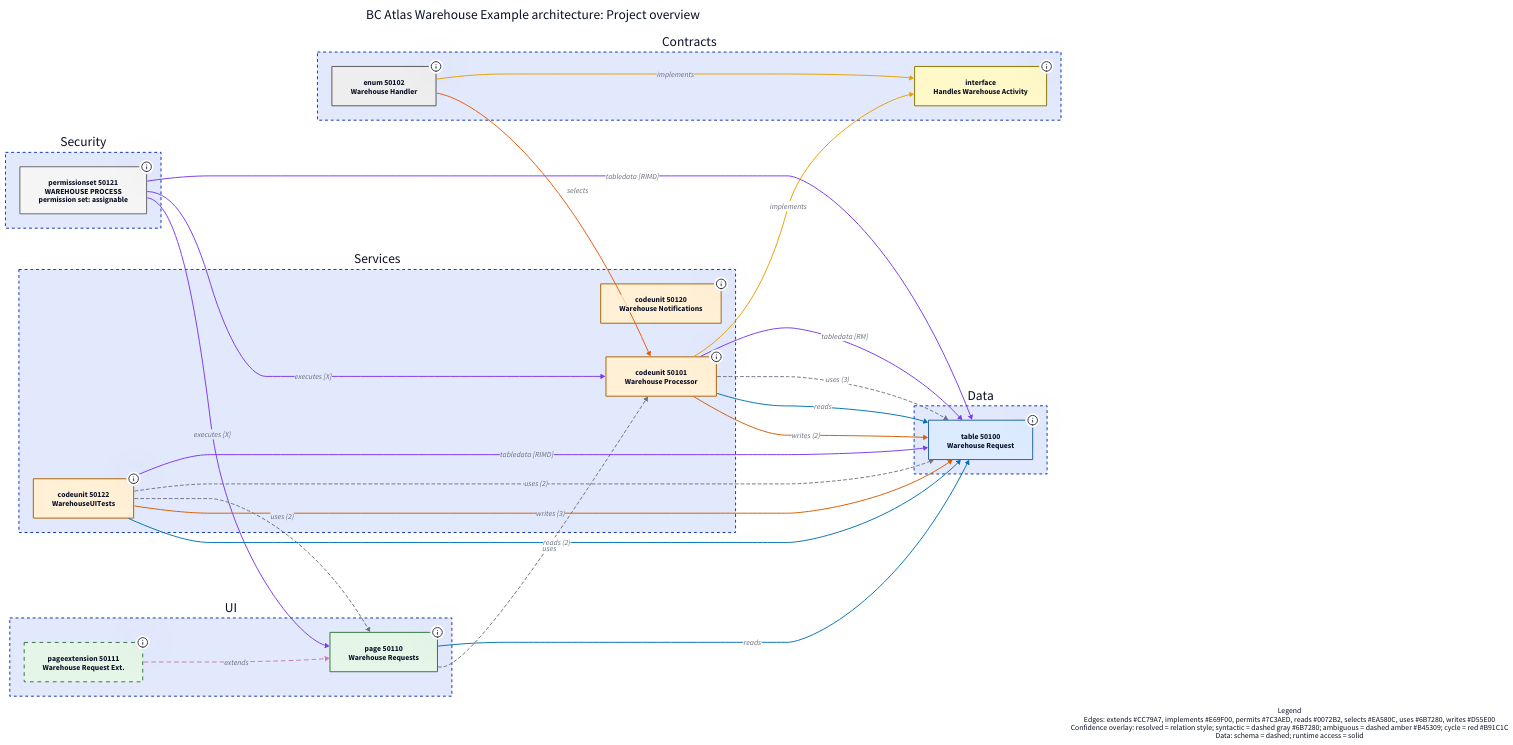
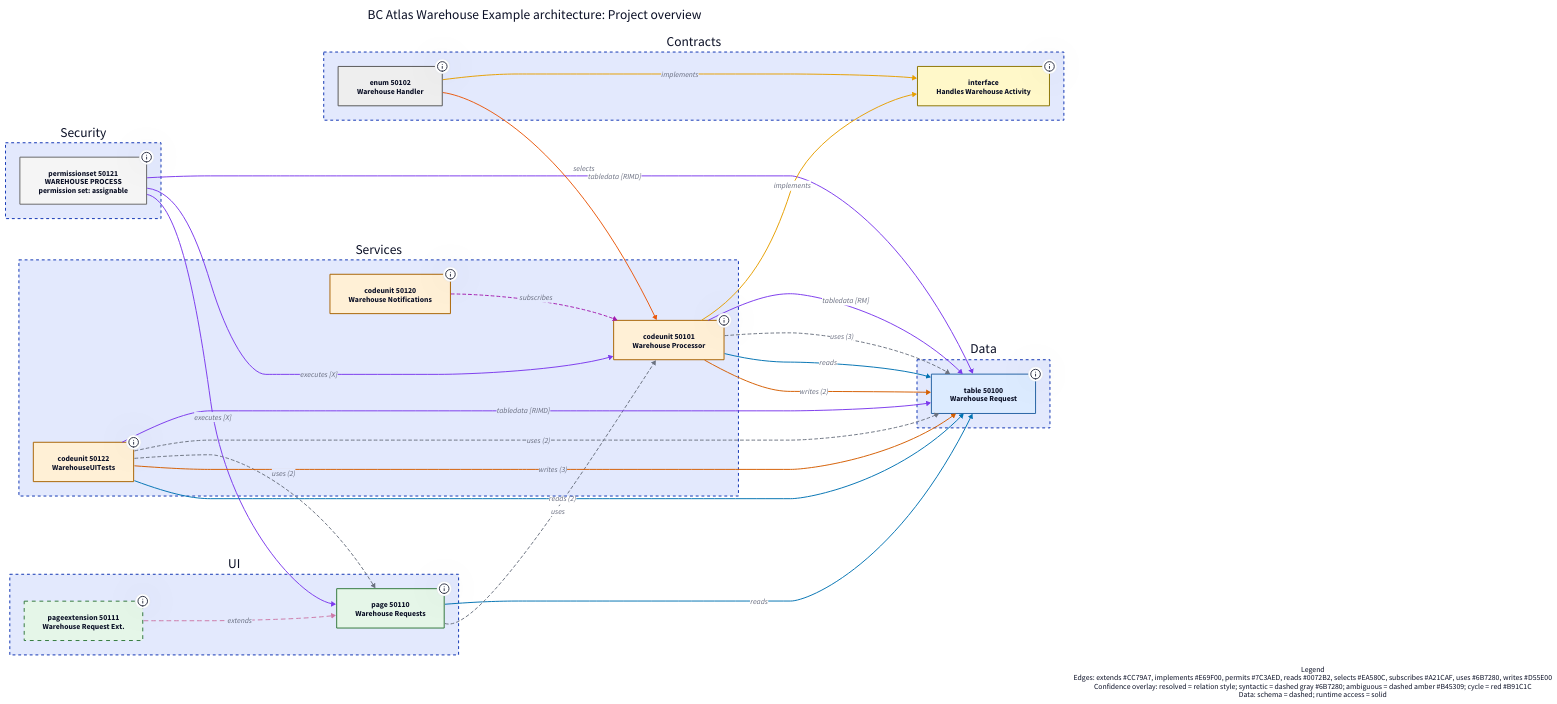
One commit to SchulzOli/BC-Atlas changed the diagram in examples/report/project.d2. Above: the diagram before and after it, drawn with D2. The commit also changed 12 other files, not shown here.

First line of the commit message:
docs: refresh generated architecture examples

```diff
--- a/examples/report/project.d2
+++ b/examples/report/project.d2
@@ -1,105 +1,106 @@
 direction: right
 title: "BC Atlas Warehouse Example architecture: Project overview" {
   shape: text
   near: top-center
   style.font-size: 28
 }
 
 g0: "Contracts" {
   style.stroke-dash: 3
   n2: "interface\nHandles Warehouse Activity" {
     shape: rectangle
     tooltip: "Inventory.al:3"
     style.fill: "#FFF8C9"
     style.stroke: "#8B7400"
   }
   n5: "enum 50102\nWarehouse Handler" {
     shape: rectangle
     tooltip: "Inventory.al:61"
     style.fill: "#EEEEEE"
     style.stroke: "#555555"
   }
 }
 
 g1: "Data" {
   style.stroke-dash: 3
   n3: "table 50100\nWarehouse Request" {
     shape: rectangle
     tooltip: "Inventory.al:8"
     style.fill: "#DCEBFF"
     style.stroke: "#2362A2"
   }
 }
 
 g2: "Security" {
   style.stroke-dash: 3
   n1: "permissionset 50121\nWAREHOUSE PROCESS\npermission set: assignable" {
     shape: rectangle
     tooltip: "Automation.al:19"
     style.fill: "#F5F5F5"
     style.stroke: "#666666"
   }
 }
 
 g3: "Services" {
   style.stroke-dash: 3
   n0: "codeunit 50120\nWarehouse Notifications" {
     shape: rectangle
     tooltip: "Automation.al:6"
     style.fill: "#FFF0D6"
     style.stroke: "#A96300"
   }
   n4: "codeunit 50101\nWarehouse Processor" {
     shape: rectangle
     tooltip: "Inventory.al:28"
     style.fill: "#FFF0D6"
     style.stroke: "#A96300"
   }
   n8: "codeunit 50122\nWarehouseUITests" {
     shape: rectangle
     tooltip: "WarehouseUITests.al:11"
     style.fill: "#FFF0D6"
     style.stroke: "#A96300"
   }
 }
 
 g4: "UI" {
   style.stroke-dash: 3
   n7: "pageextension 50111\nWarehouse Request Ext." {
     shape: rectangle
     tooltip: "WarehouseUI.al:64"
     style.fill: "#E5F6E8"
     style.stroke: "#31783B"
     style.stroke-dash: 4
   }
   n6: "page 50110\nWarehouse Requests" {
     shape: rectangle
     tooltip: "WarehouseUI.al:5"
     style.fill: "#E5F6E8"
     style.stroke: "#31783B"
   }
 }
 
+g3.n0 -> g3.n4: "subscribes" {style.stroke: "#A21CAF"; style.stroke-dash: 3; tooltip: "Source procedures: NotifyRequestProcessed"}
 g2.n1 -> g1.n3: "tabledata [RIMD]" {style.stroke: "#7C3AED"; tooltip: "Table data rights: read, insert, modify, delete"}
 g2.n1 -> g3.n4: "executes [X]" {style.stroke: "#7C3AED"; tooltip: "Permission: execute"}
 g2.n1 -> g4.n6: "executes [X]" {style.stroke: "#7C3AED"; tooltip: "Permission: execute"}
 g3.n4 --> g0.n2: "implements" {style.stroke: "#E69F00"}
 g3.n4 -> g1.n3: "tabledata [RM]" {style.stroke: "#7C3AED"; tooltip: "Table data rights: read, modify"}
 g3.n4 -> g1.n3: "uses (3)" {style.stroke: "#6B7280"; style.stroke-dash: 3}
 g3.n4 -> g1.n3: "reads" {style.stroke: "#0072B2"; tooltip: "Operations: FindFirst\nSource procedures: Process()\nRelation: runtime\nTransaction segments: 1"}
 g3.n4 -> g1.n3: "writes (2)" {style.stroke: "#D55E00"; tooltip: "Operations: Modify\nSource procedures: Process(Record \"Warehouse Request\")\nRelation: runtime\nTransaction segments: 1"}
 g0.n5 --> g0.n2: "implements" {style.stroke: "#E69F00"}
 g0.n5 -> g3.n4: "selects" {style.stroke: "#EA580C"; tooltip: "Source procedures: Default"}
 g4.n6 -> g1.n3: "reads" {style.stroke: "#0072B2"}
 g4.n6 -> g3.n4: "uses" {style.stroke: "#6B7280"; style.stroke-dash: 3}
 g4.n7 --> g4.n6: "extends" {style.stroke: "#CC79A7"; style.stroke-dash: 4; tooltip: "Relation: schema"}
 g3.n8 -> g1.n3: "tabledata [RIMD]" {style.stroke: "#7C3AED"; tooltip: "Table data rights: read, insert, modify, delete"}
 g3.n8 -> g1.n3: "uses (2)" {style.stroke: "#6B7280"; style.stroke-dash: 3}
 g3.n8 -> g4.n6: "uses (2)" {style.stroke: "#6B7280"; style.stroke-dash: 3}
 g3.n8 -> g1.n3: "writes (3)" {style.stroke: "#D55E00"; tooltip: "Operations: DeleteAll, Insert\nSource procedures: WarehouseRequests_CreateRequest_PersistsDescription(), WarehouseRequests_ProcessRequest_MarksRequestProcessed()\nRelation: runtime\nTransaction segments: 1"}
 g3.n8 -> g1.n3: "reads (2)" {style.stroke: "#0072B2"; tooltip: "Operations: Get\nSource procedures: WarehouseRequests_CreateRequest_PersistsDescription(), WarehouseRequests_ProcessRequest_MarksRequestProcessed()\nRelation: runtime\nTransaction segments: 1"}
 
-legend: "Legend\nEdges: extends #CC79A7, implements #E69F00, permits #7C3AED, reads #0072B2, selects #EA580C, uses #6B7280, writes #D55E00\nConfidence overlay: resolved = relation style; syntactic = dashed gray #6B7280; ambiguous = dashed amber #B45309; cycle = red #B91C1C\nData: schema = dashed; runtime access = solid" {
+legend: "Legend\nEdges: extends #CC79A7, implements #E69F00, permits #7C3AED, reads #0072B2, selects #EA580C, subscribes #A21CAF, uses #6B7280, writes #D55E00\nConfidence overlay: resolved = relation style; syntactic = dashed gray #6B7280; ambiguous = dashed amber #B45309; cycle = red #B91C1C\nData: schema = dashed; runtime access = solid" {
   shape: text
   near: bottom-right
 }
```
